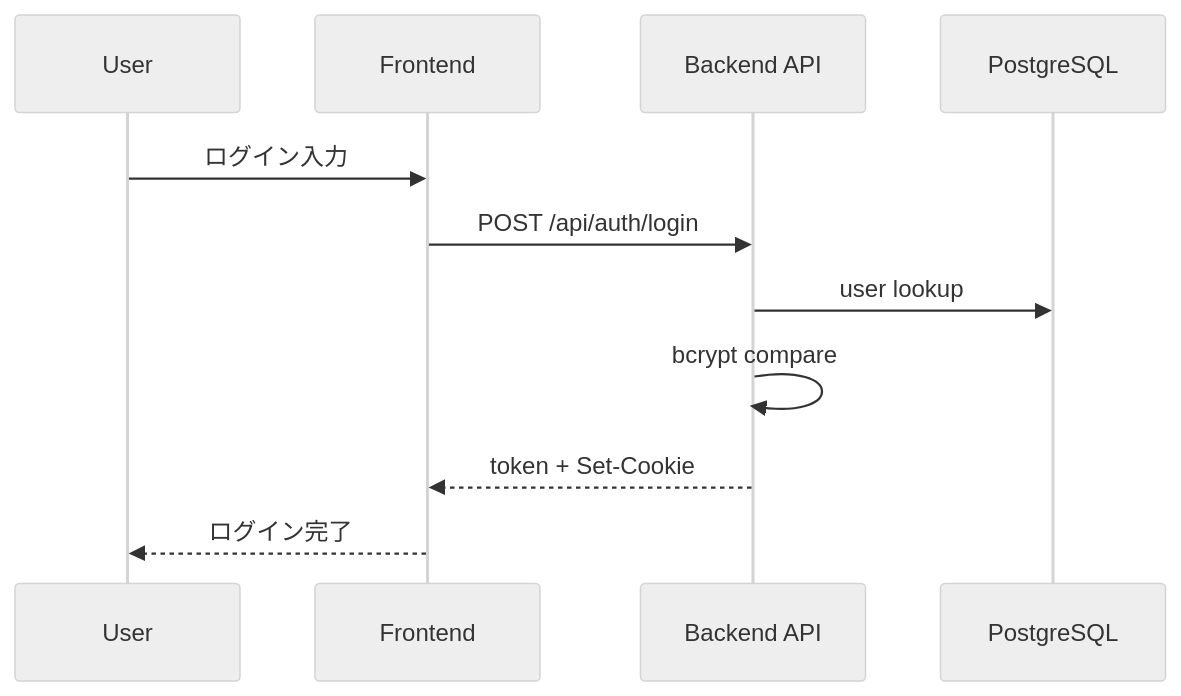
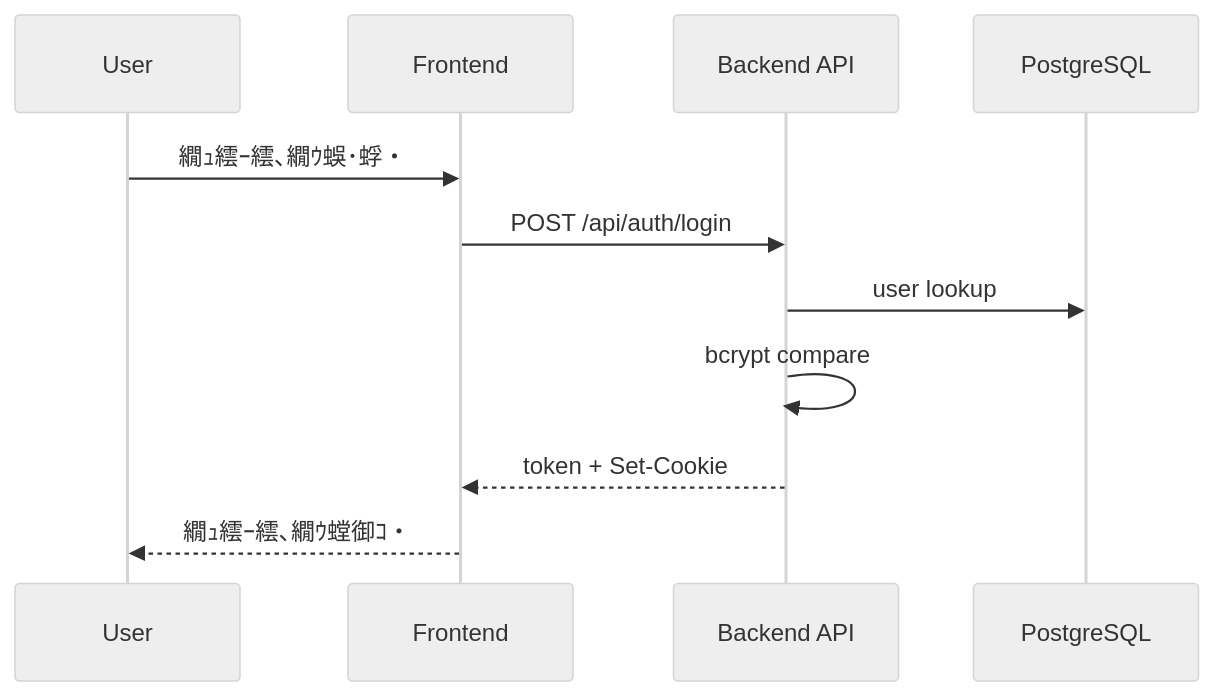
Before and after one commit to yuma2004/CWLLM: diagram 15 of 43 in Docs/diagrams/all.md, drawn with Mermaid (neutral theme). The commit also changed other lines of this file and 116 other files, not shown here.

````diff
--- a/Docs/diagrams/all.md
+++ b/Docs/diagrams/all.md
@@ -355,14 +352,14 @@
 ```mermaid
 sequenceDiagram
   participant U as User
   participant FE as Frontend
   participant API as Backend API
   participant DB as PostgreSQL
 
-  U->>FE: ログイン入力
+  U->>FE: 繝ｭ繧ｰ繧､繝ｳ蜈･蜉・
   FE->>API: POST /api/auth/login
   API->>DB: user lookup
   API->>API: bcrypt compare
   API-->>FE: token + Set-Cookie
-  FE-->>U: ログイン完了
+  FE-->>U: 繝ｭ繧ｰ繧､繝ｳ螳御ｺ・
 ```
````
